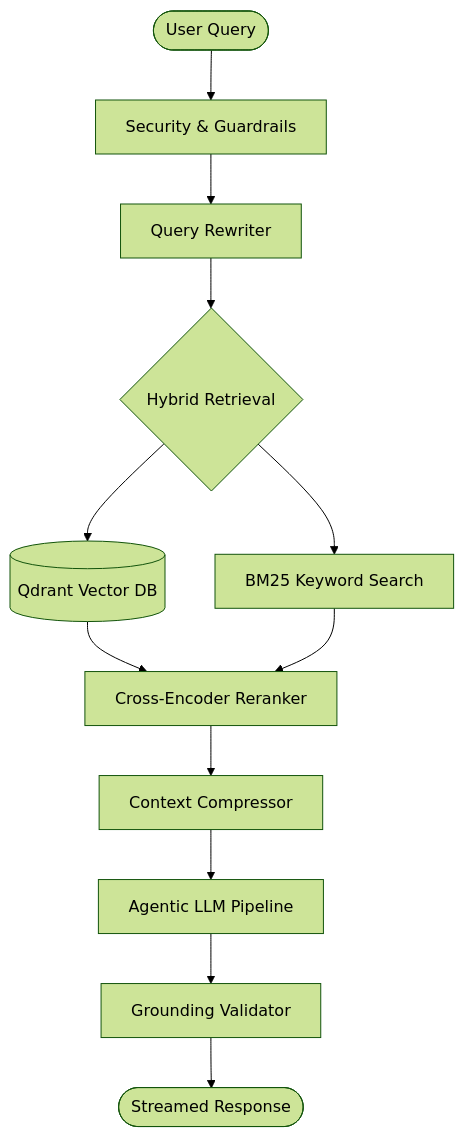
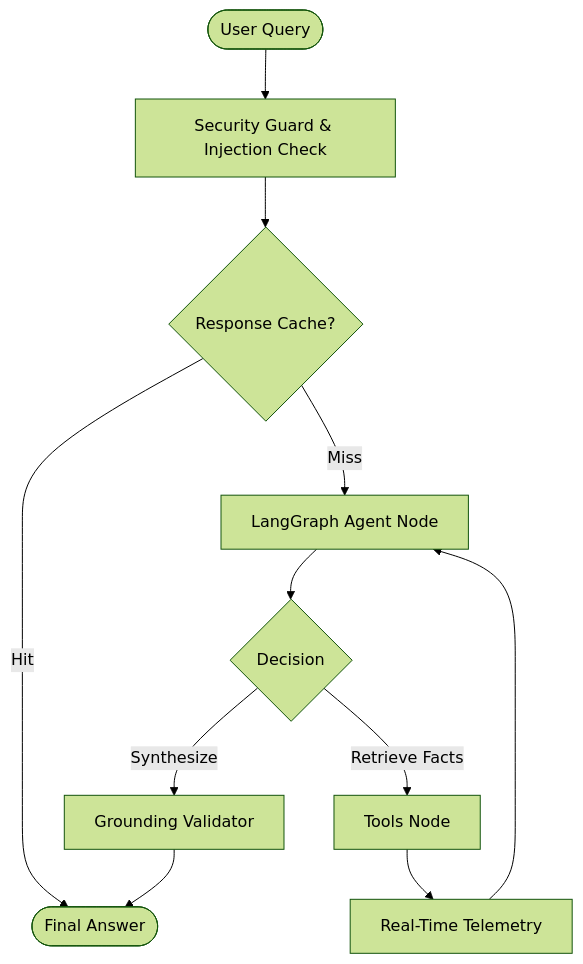
Before and after one commit to stevephilipgit/research-agent-rag-app: the diagram in README.md, drawn with Mermaid (forest theme). The commit also changed other lines of this file, not shown here.

Commit message:
docs: comprehensive README overhaul with agentic architecture and functional deep-dive

````diff
--- a/README.md
+++ b/README.md
@@ -34,14 +23,13 @@
 ```mermaid
 graph TD
-    User([User Query]) --> Security[Security & Guardrails]
-    Security --> Rewriter[Query Rewriter]
-    Rewriter --> Retrieval{Hybrid Retrieval}
-    Retrieval --> Qdrant[(Qdrant Vector DB)]
-    Retrieval --> BM25[BM25 Keyword Search]
-    Qdrant --> Reranker[Cross-Encoder Reranker]
-    BM25 --> Reranker
-    Reranker --> Compressor[Context Compressor]
-    Compressor --> Agent[Agentic LLM Pipeline]
-    Agent --> Validator[Grounding Validator]
-    Validator --> FinalResponse([Streamed Response])
+    User([User Query]) --> Security[Security Guard & Injection Check]
+    Security --> Cache{Response Cache?}
+    Cache -->|Hit| FinalAnswer
+    Cache -->|Miss| Agent[LangGraph Agent Node]
+    Agent --> ToolCall{Decision}
+    ToolCall -->|Retrieve Facts| Tools[Tools Node]
+    Tools --> Telemetery[Real-Time Telemetry]
+    Telemetery --> Agent
+    ToolCall -->|Synthesize| Validator[Grounding Validator]
+    Validator --> FinalAnswer([Final Answer])
 ```
````
